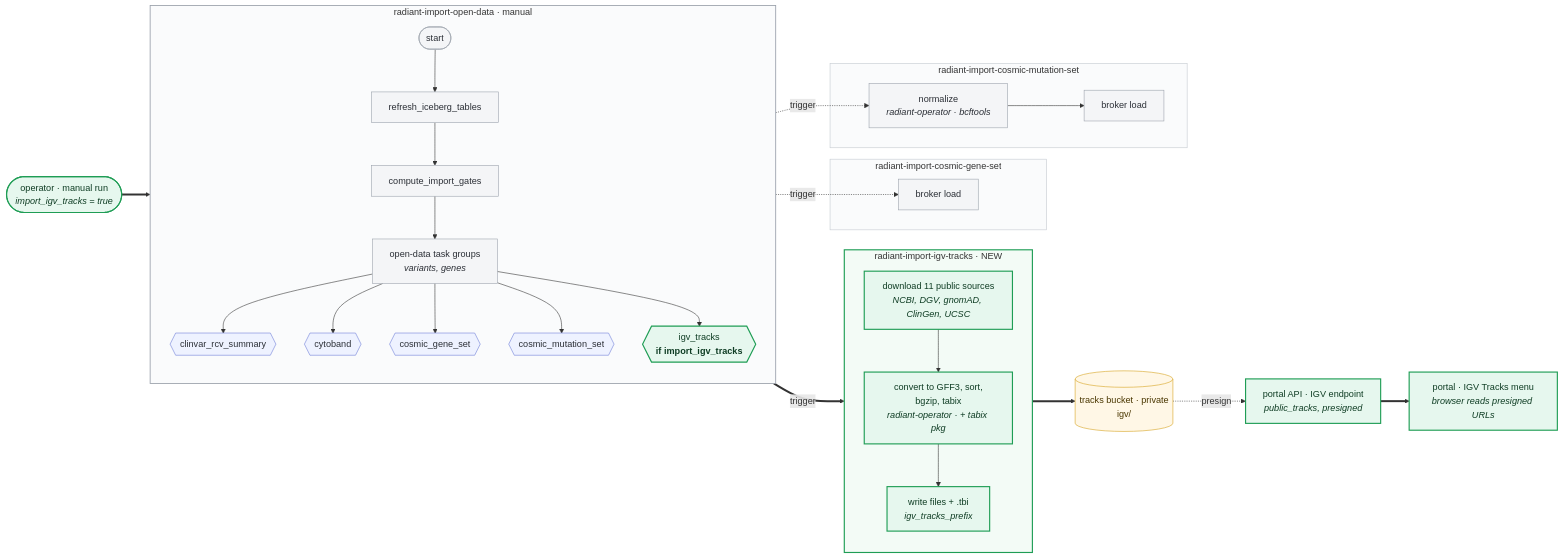
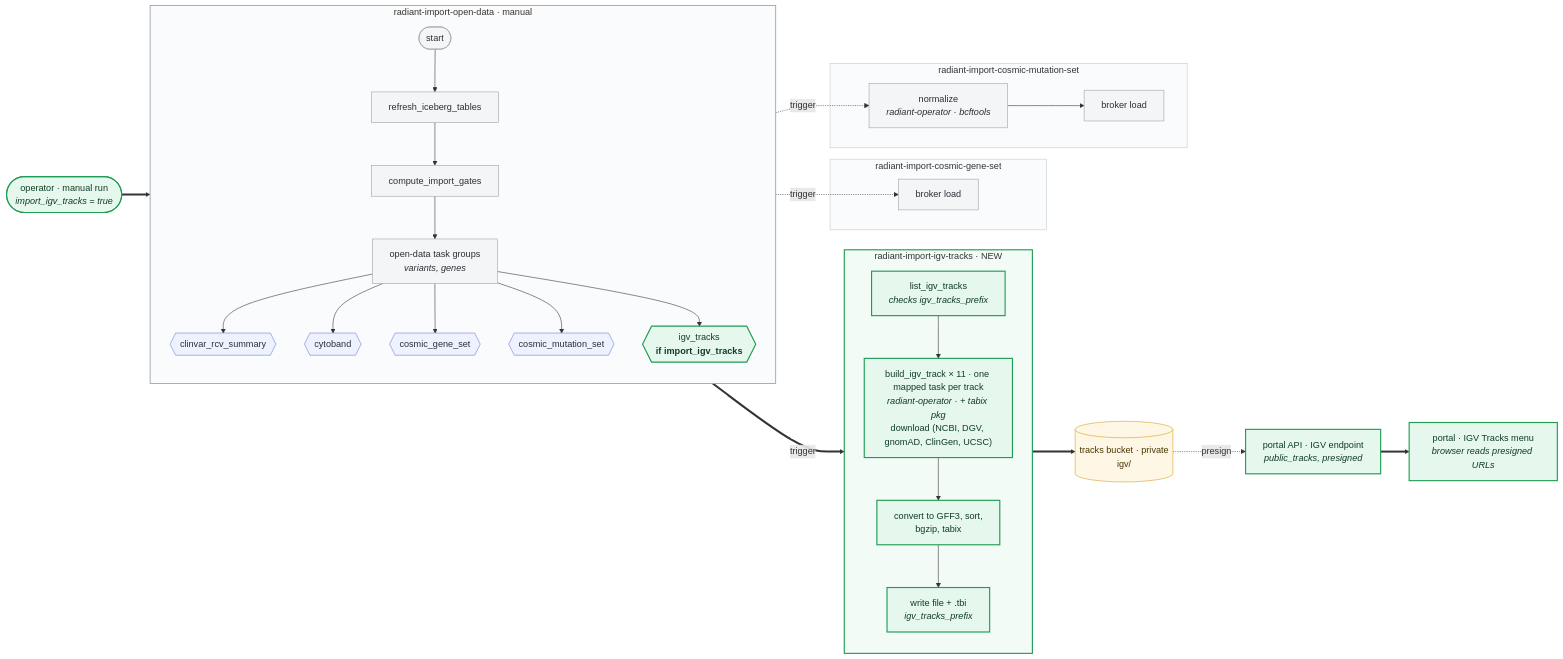
One commit to radiant-network/radiant-hub changed the diagram in docs/features/RAD-30-igv-cnv-tracks.md. Above: the diagram before and after it, drawn with Mermaid. The commit also changed other lines of this file, not shown here.

````diff
--- a/docs/features/RAD-30-igv-cnv-tracks.md
+++ b/docs/features/RAD-30-igv-cnv-tracks.md
@@ -284,57 +285,58 @@
 ```mermaid
 flowchart LR
   OPS(["operator · manual run<br/><i>import_igv_tracks = true</i>"])
 
   subgraph IOD["radiant-import-open-data · manual"]
     direction TB
     S([start]) --> T1["refresh_iceberg_tables"]
     T1 --> T2["compute_import_gates"]
     T2 --> T3["open-data task groups<br/><i>variants, genes</i>"]
     T3 --> B1{{"clinvar_rcv_summary"}}
     T3 --> B2{{"cytoband"}}
     T3 --> B3{{"cosmic_gene_set"}}
     T3 --> B4{{"cosmic_mutation_set"}}
     T3 --> B5{{"igv_tracks<br/><b>if import_igv_tracks</b>"}}
   end
 
   subgraph CGS["radiant-import-cosmic-gene-set"]
     C1["broker load"]
   end
 
   subgraph CMS["radiant-import-cosmic-mutation-set"]
     M1["normalize<br/><i>radiant-operator · bcftools</i>"] --> M2["broker load"]
   end
 
   subgraph IGV["radiant-import-igv-tracks · NEW"]
     direction TB
-    I1["download 11 public sources<br/><i>NCBI, DGV, gnomAD, ClinGen, UCSC</i>"]
-    I1 --> I2["convert to GFF3, sort,<br/>bgzip, tabix<br/><i>radiant-operator · + tabix pkg</i>"]
-    I2 --> I3["write files + .tbi<br/><i>igv_tracks_prefix</i>"]
+    I0["list_igv_tracks<br/><i>checks igv_tracks_prefix</i>"]
+    I0 --> I1["build_igv_track × 11 · one mapped task per track<br/><i>radiant-operator · + tabix pkg</i><br/>download (NCBI, DGV, gnomAD, ClinGen, UCSC)"]
+    I1 --> I2["convert to GFF3, sort,<br/>bgzip, tabix"]
+    I2 --> I3["write file + .tbi<br/><i>igv_tracks_prefix</i>"]
   end
 
   BUCKET[("tracks bucket · private<br/>igv/")]
   API["portal API · IGV endpoint<br/><i>public_tracks, presigned</i>"]
   UI["portal · IGV Tracks menu<br/><i>browser reads presigned URLs</i>"]
 
   OPS ==> S
   B3 -. trigger .-> C1
   B4 -. trigger .-> M1
-  B5 == trigger ==> I1
+  B5 == trigger ==> I0
   I3 ==> BUCKET
   BUCKET -. presign .-> API
   API ==> UI
 
   classDef existing fill:#f4f5f7,stroke:#9aa1ab,color:#2b2f36
   classDef branch fill:#eef2ff,stroke:#6b7bd6,color:#2b2f36
   classDef new fill:#e6f7ee,stroke:#1f9d55,stroke-width:2px,color:#0f3d24
   classDef store fill:#fff7e6,stroke:#d4a017,color:#4a3700
 
   class S,T1,T2,T3,C1,M1,M2 existing
   class B1,B2,B3,B4 branch
-  class OPS,B5,I1,I2,I3,API,UI new
+  class OPS,B5,I0,I1,I2,I3,API,UI new
   class BUCKET store
   style IGV fill:#f3fbf6,stroke:#1f9d55,stroke-width:2px
   style IOD fill:#fafbfc,stroke:#9aa1ab,stroke-width:1.5px
   style CGS fill:#fafbfc,stroke:#c3c8cf
   style CMS fill:#fafbfc,stroke:#c3c8cf
 ```
````
